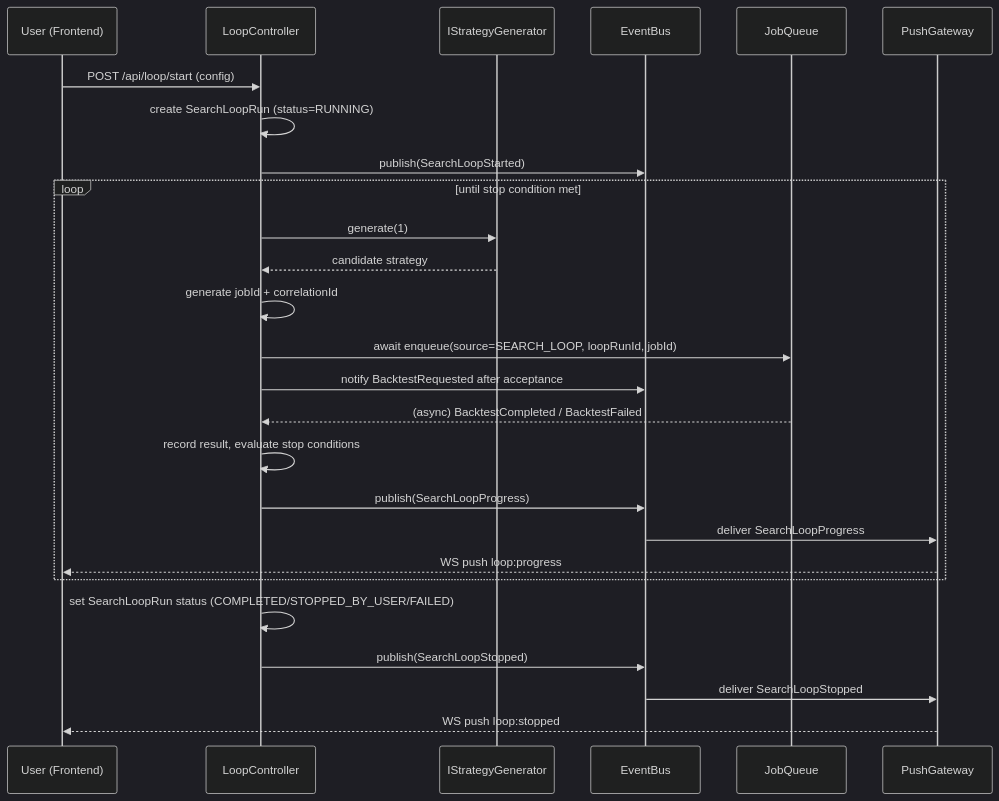
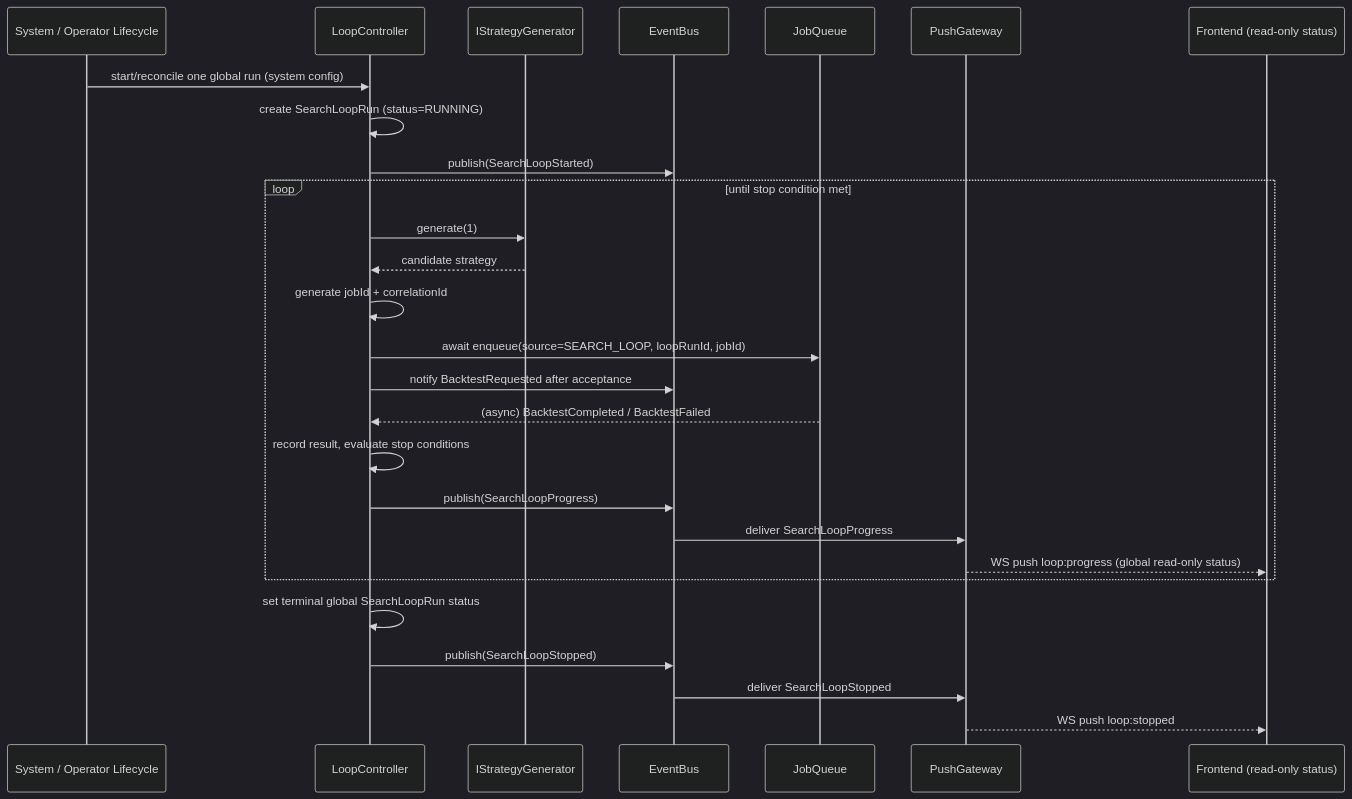
One commit to Hoang105205/Crypto-Strategy-Lab changed the fourth of 4 diagrams in kb/modules/event-infrastructure.md. Above: the diagram before and after it, drawn with Mermaid (dark theme). The commit also changed other lines of this file and 9 other files, not shown here.

````diff
--- a/kb/modules/event-infrastructure.md
+++ b/kb/modules/event-infrastructure.md
@@ -238,29 +249,30 @@
 ```mermaid
 sequenceDiagram
-    participant U as User (Frontend)
+    participant SYS as System / Operator Lifecycle
     participant LC as LoopController
     participant SG as IStrategyGenerator
     participant EB as EventBus
     participant JQ as JobQueue
     participant WS as PushGateway
+    participant FE as Frontend (read-only status)
 
-    U->>LC: POST /api/loop/start (config)
+    SYS->>LC: start/reconcile one global run (system config)
     LC->>LC: create SearchLoopRun (status=RUNNING)
     LC->>EB: publish(SearchLoopStarted)
     loop until stop condition met
         LC->>SG: generate(1)
         SG-->>LC: candidate strategy
         LC->>LC: generate jobId + correlationId
         LC->>JQ: await enqueue(source=SEARCH_LOOP, loopRunId, jobId)
         LC->>EB: notify BacktestRequested after acceptance
         JQ-->>LC: (async) BacktestCompleted / BacktestFailed
         LC->>LC: record result, evaluate stop conditions
         LC->>EB: publish(SearchLoopProgress)
         EB->>WS: deliver SearchLoopProgress
-        WS-->>U: WS push loop:progress
+        WS-->>FE: WS push loop:progress (global read-only status)
     end
-    LC->>LC: set SearchLoopRun status (COMPLETED/STOPPED_BY_USER/FAILED)
+    LC->>LC: set terminal global SearchLoopRun status
     LC->>EB: publish(SearchLoopStopped)
     EB->>WS: deliver SearchLoopStopped
-    WS-->>U: WS push loop:stopped
+    WS-->>FE: WS push loop:stopped
 ```
````
